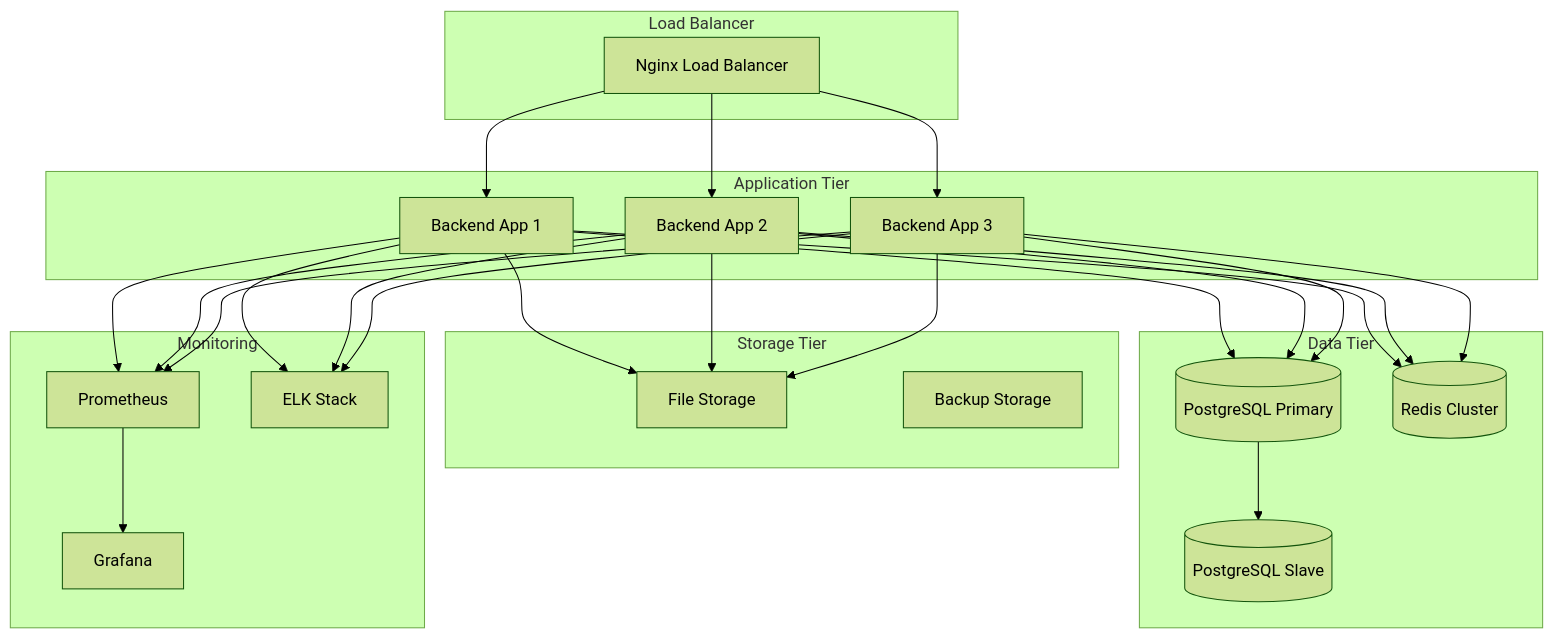
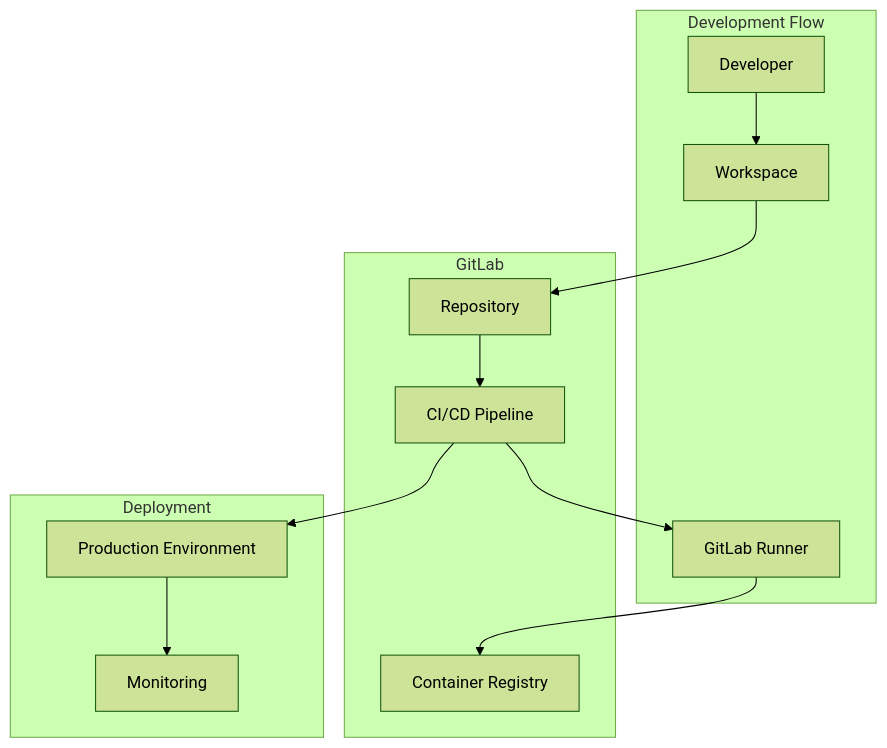
The sixth of 6 diagrams in backend/architect/ARCHITECTURE.md (lighthought/app-maker), drawn with Mermaid (forest theme) before and after one commit. The commit also changed other lines of this file and 18 other files, not shown here.

````diff
--- a/backend/architect/ARCHITECTURE.md
+++ b/backend/architect/ARCHITECTURE.md
@@ -403,55 +266,27 @@
 ```mermaid
 graph TB
-    subgraph "Load Balancer"
-        LB[Nginx Load Balancer]
+    subgraph "Development Flow"
+        DEV[Developer]
+        BMAD[Workspace]
+        WORKER[GitLab Runner]
     end
     
-    subgraph "Application Tier"
-        App1[Backend App 1]
-        App2[Backend App 2]
-        App3[Backend App 3]
+    subgraph "GitLab"
+        REPO[Repository]
+        CI[CI/CD Pipeline]
+        REGISTRY[Container Registry]
     end
     
-    subgraph "Data Tier"
-        PG[(PostgreSQL Primary)]
-        PG_Slave[(PostgreSQL Slave)]
-        Redis[(Redis Cluster)]
+    subgraph "Deployment"
+        DEPLOY[Production Environment]
+        MONITOR[Monitoring]
     end
     
-    subgraph "Storage Tier"
-        FS[File Storage]
-        Backup[Backup Storage]
-    end
-    
-    subgraph "Monitoring"
-        Prometheus[Prometheus]
-        Grafana[Grafana]
-        ELK[ELK Stack]
-    end
-    
-    LB --> App1
-    LB --> App2
-    LB --> App3
-    
-    App1 --> PG
-    App2 --> PG
-    App3 --> PG
-    PG --> PG_Slave
-    
-    App1 --> Redis
-    App2 --> Redis
-    App3 --> Redis
-    
-    App1 --> FS
-    App2 --> FS
-    App3 --> FS
-    
-    App1 --> Prometheus
-    App2 --> Prometheus
-    App3 --> Prometheus
-    
-    Prometheus --> Grafana
-    App1 --> ELK
-    App2 --> ELK
-    App3 --> ELK
+    DEV --> BMAD
+    BMAD --> REPO
+    REPO --> CI
+    CI --> WORKER
+    WORKER --> REGISTRY
+    CI --> DEPLOY
+    DEPLOY --> MONITOR
 ```
````
